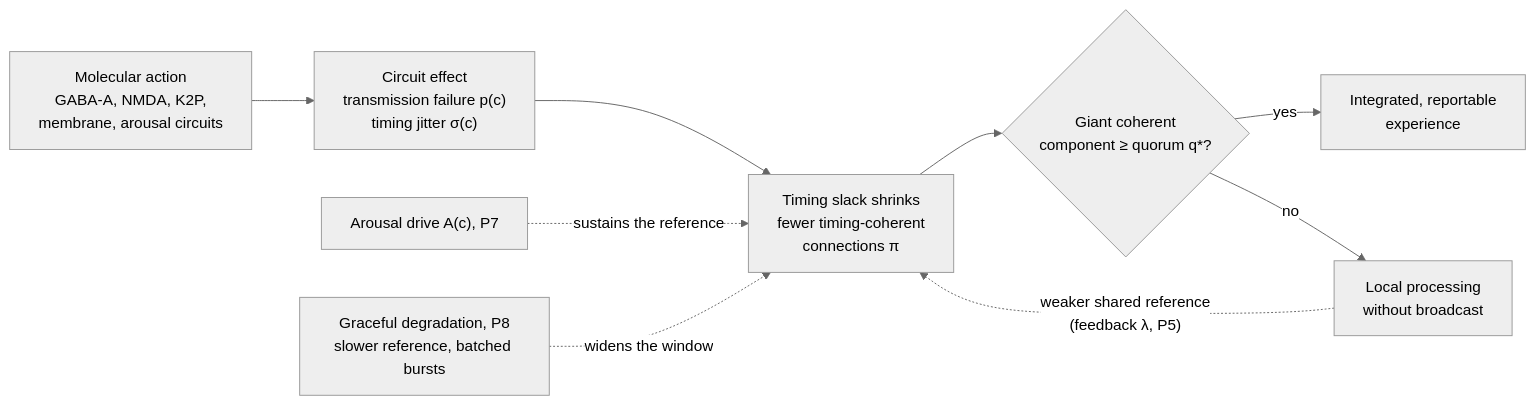
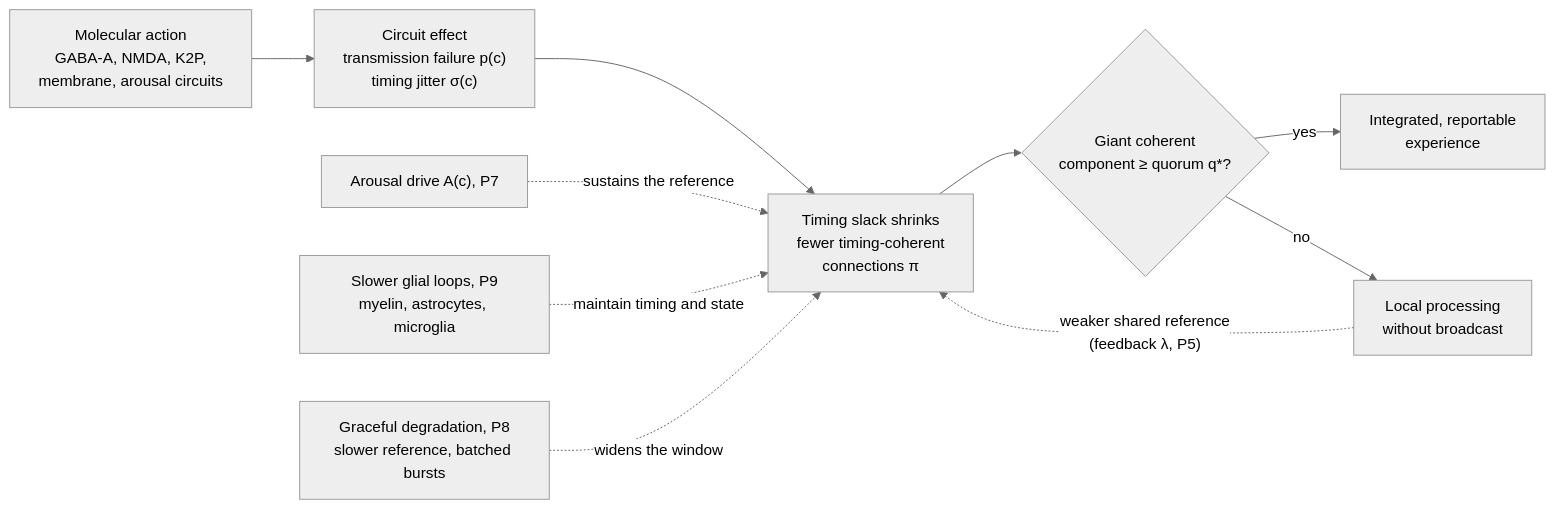
One commit to DrGabriel/neuroscience changed the first of 2 diagrams in white_paper_anesthesia_consensus.md. Above: the diagram before and after it, drawn with Mermaid (neutral theme). The commit also changed other lines of this file and 43 other files, not shown here.

````diff
--- a/white_paper_anesthesia_consensus.md
+++ b/white_paper_anesthesia_consensus.md
@@ -210,11 +211,12 @@
 ```mermaid
 flowchart LR
     A["Molecular action<br/>GABA-A, NMDA, K2P,<br/>membrane, arousal circuits"] --> B["Circuit effect<br/>transmission failure p(c)<br/>timing jitter σ(c)"]
     B --> C["Timing slack shrinks<br/>fewer timing-coherent<br/>connections π"]
     C --> D{"Giant coherent<br/>component ≥ quorum q*?"}
     D -- yes --> E["Integrated, reportable<br/>experience"]
     D -- no --> F["Local processing<br/>without broadcast"]
     F -. "weaker shared reference<br/>(feedback λ, P5)" .-> C
     G["Arousal drive A(c), P7"] -. "sustains the reference" .-> C
+    I["Slower glial loops, P9<br/>myelin, astrocytes, microglia"] -. "maintain timing and state" .-> C
     H["Graceful degradation, P8<br/>slower reference, batched bursts"] -. "widens the window" .-> C
 ```
````
